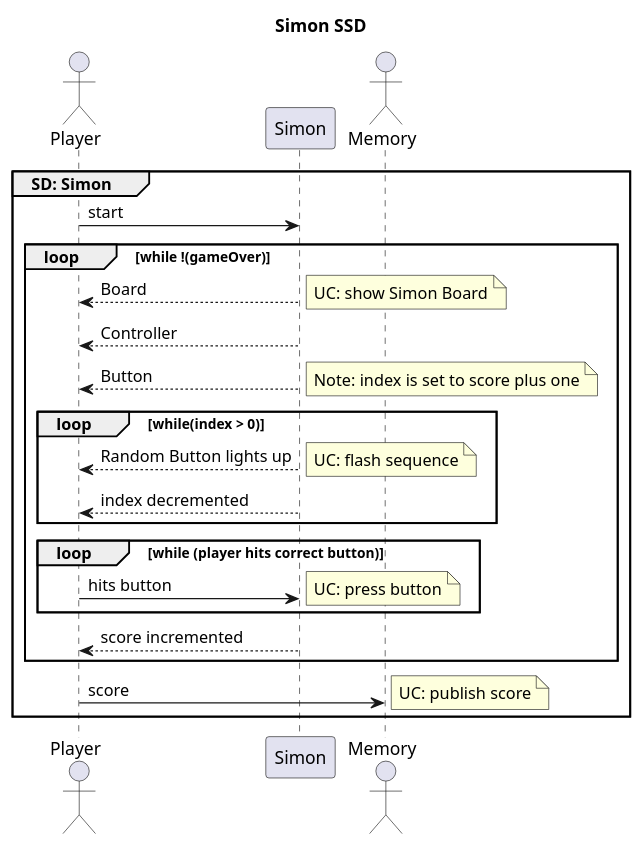
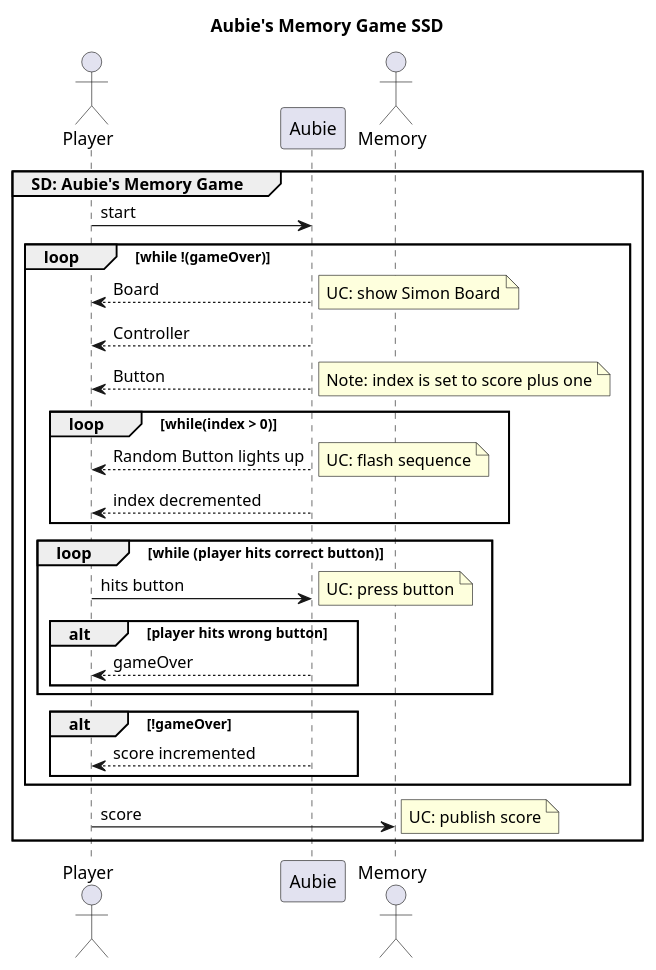
Before and after one commit to zedtran/AubieMemoryGame: the diagram in app/UML/SSD.puml, drawn with PlantUML. The commit also changed 5 other files, not shown here.

Commit message:
Edited UML diagrams as per Josh's comments

```diff
--- a/app/UML/SSD.puml
+++ b/app/UML/SSD.puml
@@ -1,30 +1,35 @@
 @startuml
-title Simon SSD
+title Aubie's Memory Game SSD
 actor Player
-participant Simon
+participant Aubie
 actor Memory
 
-group SD: Simon
+group SD: Aubie's Memory Game
 
-    Player -> Simon: start
+    Player -> Aubie: start
     loop while !(gameOver)
-        Player <-- Simon:Board
+        Player <-- Aubie:Board
         note right: UC: show Simon Board
-        Player <-- Simon:Controller
-        Player <-- Simon:Button
+        Player <-- Aubie:Controller
+        Player <-- Aubie:Button
         note right: Note: index is set to score plus one
         loop while(index > 0)
-            Player <-- Simon:Random Button lights up
+            Player <-- Aubie:Random Button lights up
             note right: UC: flash sequence
-            Player <-- Simon:index decremented
+            Player <-- Aubie:index decremented
         end
         loop while (player hits correct button)
-            Player -> Simon:hits button
+            Player -> Aubie:hits button
             note right: UC: press button
+            alt player hits wrong button
+                Aubie --> Player: gameOver
+            end
         end
-        Player <-- Simon: score incremented
+        alt !gameOver
+            Player <-- Aubie: score incremented
+        end
     end
     Player -> Memory: score
     NOTE RIGHT: UC: publish score
 end
 @enduml
```
